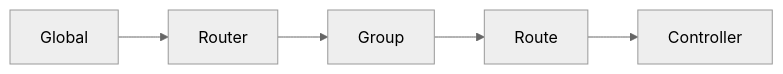
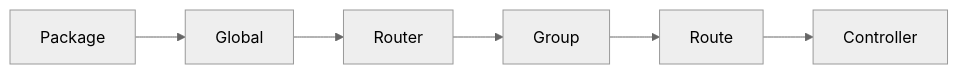
One commit to dartondox/dox changed the diagram in docs/the-basic/middleware.md. Above: the diagram before and after it, drawn with Mermaid (neutral theme). The commit also changed other lines of this file and 123 other files, not shown here.

````diff
--- a/docs/the-basic/middleware.md
+++ b/docs/the-basic/middleware.md
@@ -145,4 +137,4 @@
 ```mermaid
 flowchart LR
-    G["Global"] --> R["Router"] --> P["Group"] --> T["Route"] --> C["Controller"]
+    K["Package"] --> G["Global"] --> R["Router"] --> P["Group"] --> T["Route"] --> C["Controller"]
 ```
````
